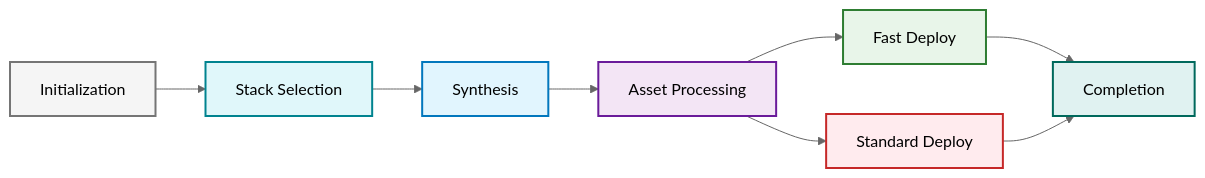
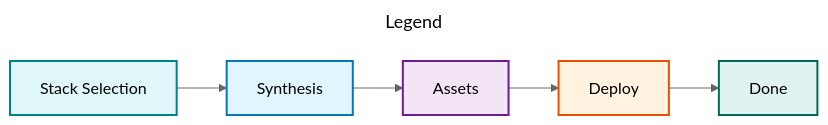
One commit to aws/aws-cdk-cli changed the second of 2 diagrams in packages/aws-cdk/README.md. Above: the diagram before and after it, drawn with Mermaid (neutral theme). The commit also changed other lines of this file, not shown here.

Commit message:
docs(aws-cdk): simplify deploy flowchart in README

````diff
--- a/packages/aws-cdk/README.md
+++ b/packages/aws-cdk/README.md
@@ -688,15 +622,12 @@
 ```mermaid
+---
+title: Legend
+---
 graph LR
-    L1["Initialization"] --> L2["Stack Selection"] --> L3["Synthesis"] --> L4["Asset Processing"] --> L5["Fast Deploy"] 
-    L4 --> L6["Standard Deploy"]
-    L5 --> L7["Completion"]
-    L6 --> L7
-    
-    style L1 fill:#f5f5f5,stroke:#757575,stroke-width:2px
-    style L2 fill:#e0f7fa,stroke:#00838f,stroke-width:2px
-    style L3 fill:#e1f5fe,stroke:#0277bd,stroke-width:2px
-    style L4 fill:#f3e5f5,stroke:#6a1b9a,stroke-width:2px
-    style L5 fill:#e8f5e9,stroke:#2e7d32,stroke-width:2px
-    style L6 fill:#ffebee,stroke:#c62828,stroke-width:2px
-    style L7 fill:#e0f2f1,stroke:#00695c,stroke-width:2px
+    L1["Stack Selection"] --> L2["Synthesis"] --> L3["Assets"] --> L4["Deploy"] --> L5["Done"]
+    style L1 fill:#e0f7fa,stroke:#00838f,stroke-width:2px
+    style L2 fill:#e1f5fe,stroke:#0277bd,stroke-width:2px
+    style L3 fill:#f3e5f5,stroke:#6a1b9a,stroke-width:2px
+    style L4 fill:#fff3e0,stroke:#e65100,stroke-width:2px
+    style L5 fill:#e0f2f1,stroke:#00695c,stroke-width:2px
 ```
````
